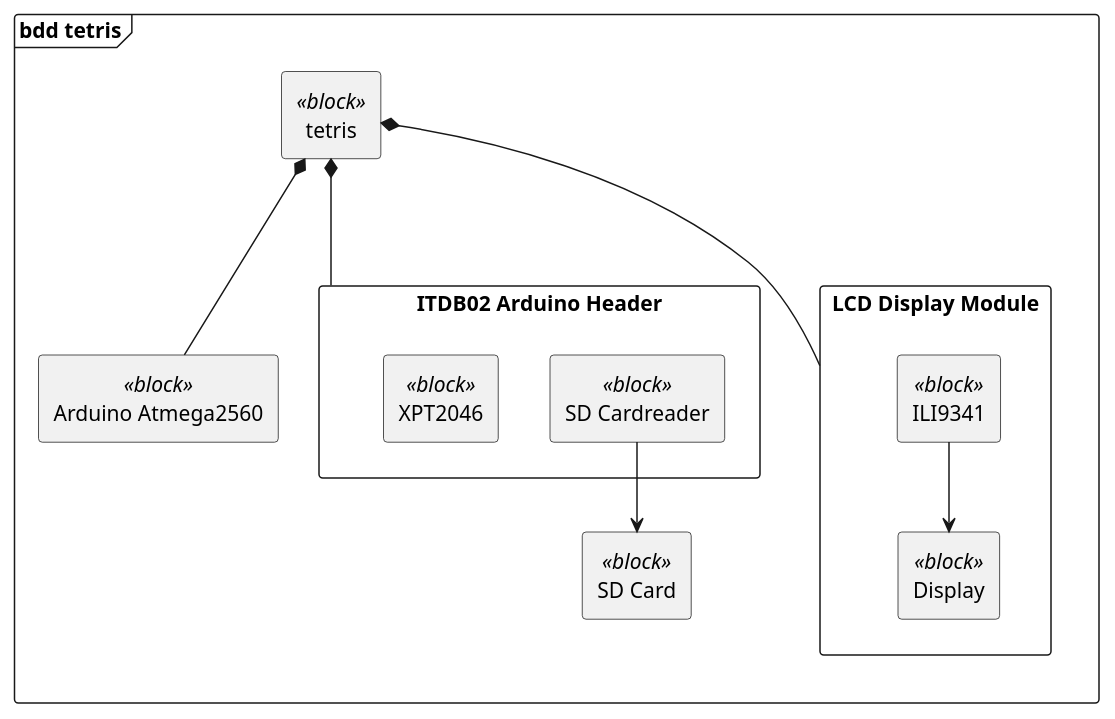
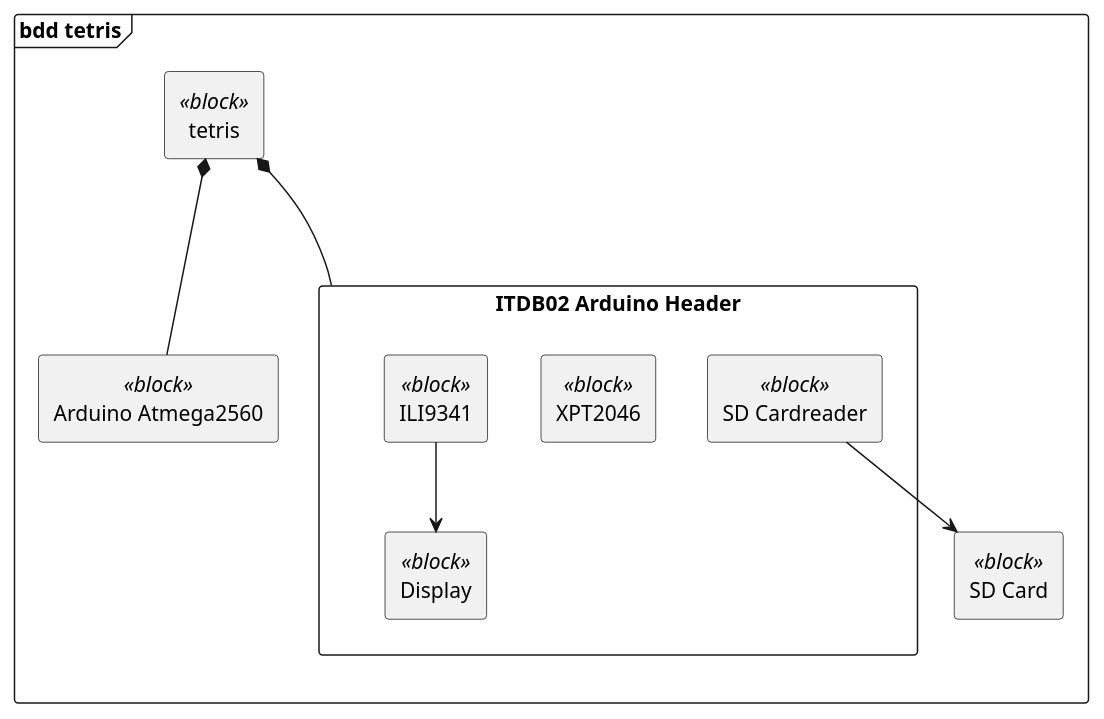
The diagram in diagrams/bdd_tetris.wsd (Yoda92/AMS_TETRIS), drawn with PlantUML before and after one commit. The commit also changed 1 other file, not shown here.

Commit message:
Diagrams

```diff
--- a/diagrams/bdd_tetris.wsd
+++ b/diagrams/bdd_tetris.wsd
@@ -1,29 +1,25 @@
 @startuml
 
 skinparam componentStyle rectangle
 skinparam packageStyle rectangle
 top to bottom direction
 
 frame "bdd tetris" {
     [tetris] <<block>>
     [Arduino Atmega2560] <<block>>
     [SD Card] <<block>>
 
     package ITDB02 as "ITDB02 Arduino Header" {
         [SD Cardreader] <<block>>
         [XPT2046] <<block>>
-    }
-
-    package LCD as "LCD Display Module" {
         [ILI9341] <<block>>
         [Display] <<block>>
     }
 
     tetris *--- [Arduino Atmega2560]
     tetris *--- ITDB02
-    tetris *--- LCD
     ILI9341 --> Display
     [SD Cardreader] --> [SD Card]
 }
 
 @enduml
```
